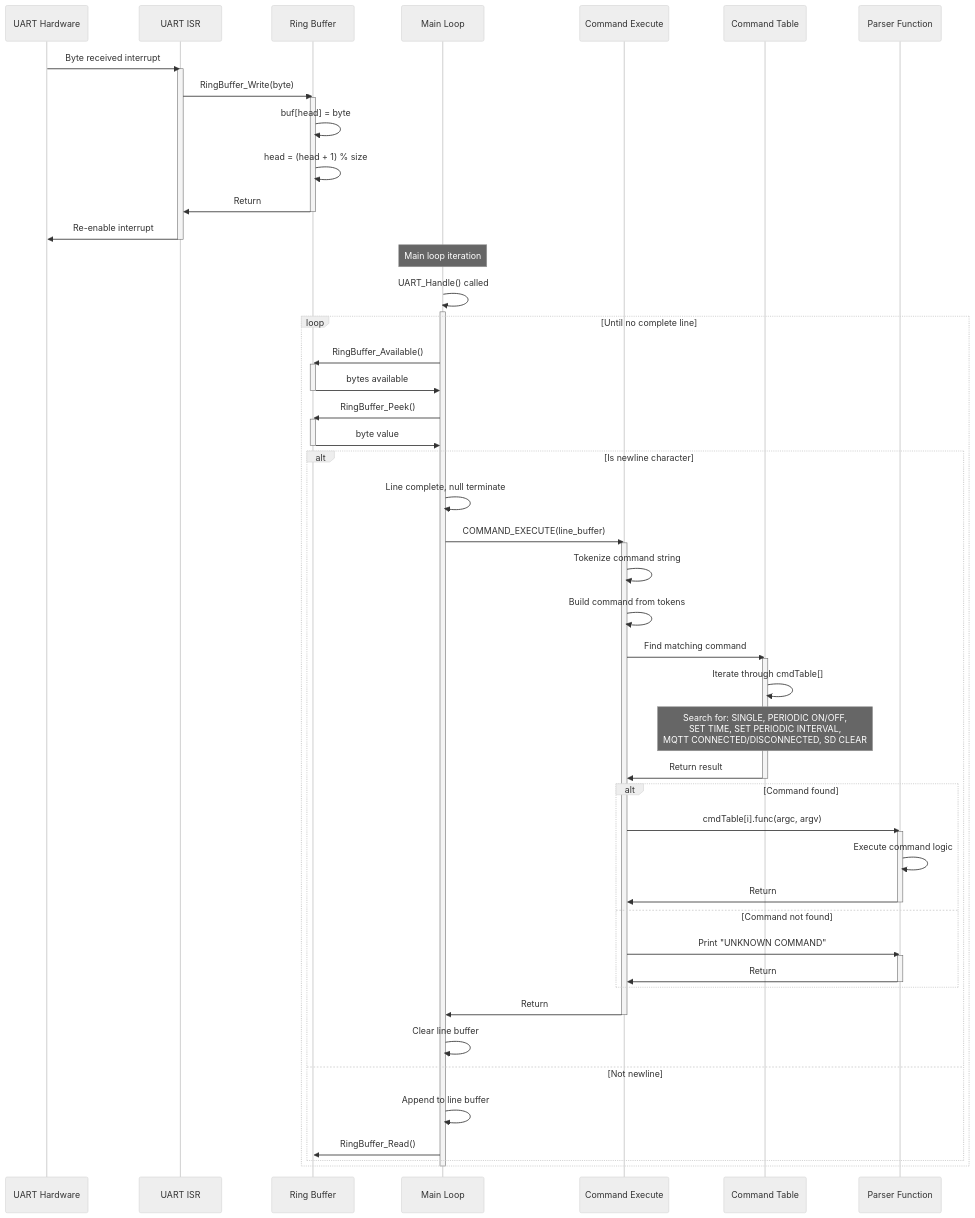
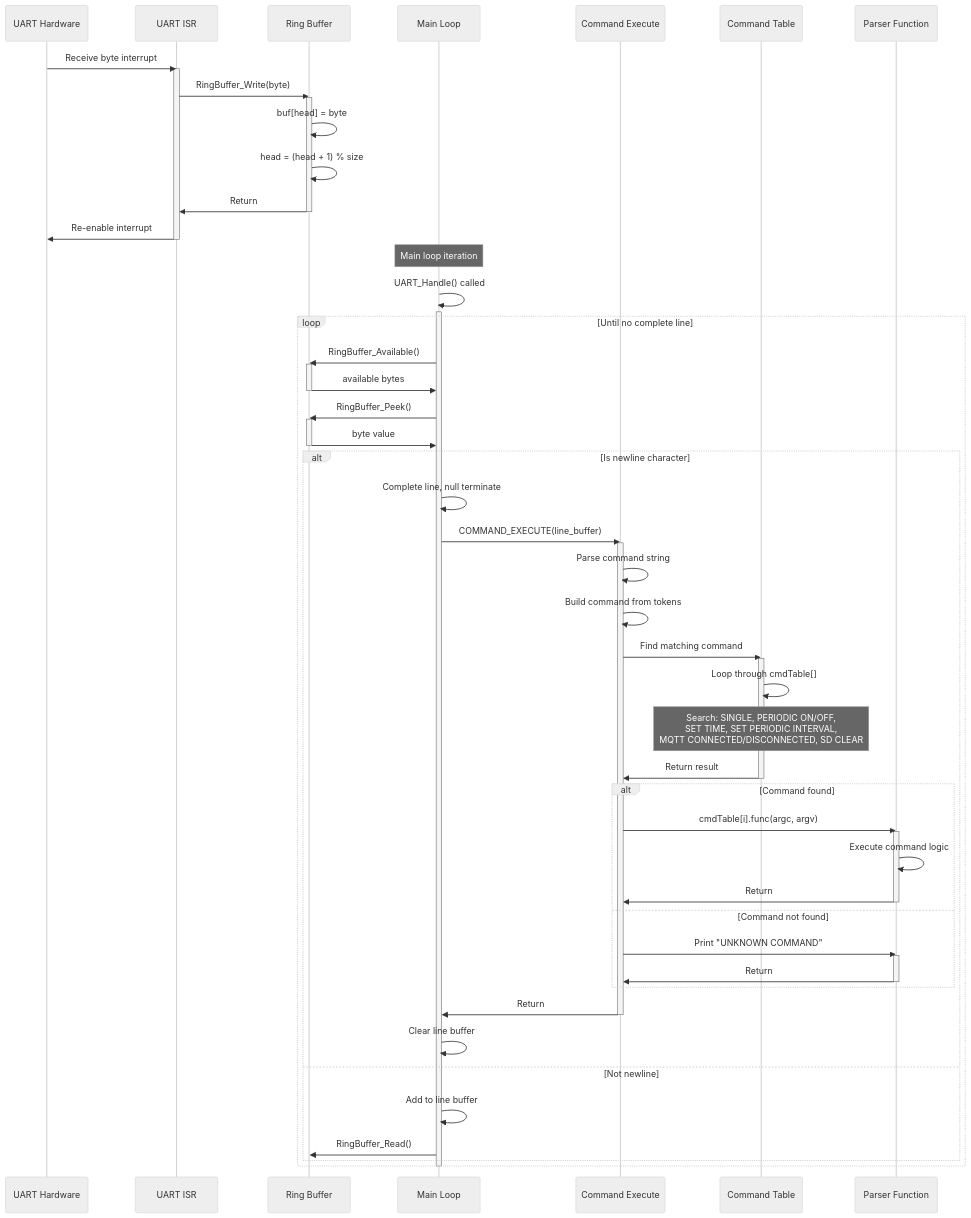
The fourth of 8 diagrams in documents/stm32/SEQUENCE_DIAGRAM_STM32.md (meeTeam05/datalogger), drawn with Mermaid (neutral theme) before and after one commit. The commit also changed other lines of this file, not shown here.

Commit message:
fix(docs): update sequence diagram content and formatting for clarity in SEQUENCE_DIAGRAM_STM32.md

````diff
--- a/documents/stm32/SEQUENCE_DIAGRAM_STM32.md
+++ b/documents/stm32/SEQUENCE_DIAGRAM_STM32.md
@@ -267,75 +267,75 @@
 ```mermaid
 sequenceDiagram
     participant HW as UART Hardware
     participant ISR as UART ISR
     participant RingBuf as Ring Buffer
     participant MainLoop as Main Loop
     participant CmdExec as Command Execute
     participant CmdTable as Command Table
     participant Parser as Parser Function
-    
-    HW->>ISR: Byte received interrupt
+
+    HW->>ISR: Receive byte interrupt
     activate ISR
     ISR->>RingBuf: RingBuffer_Write(byte)
     activate RingBuf
     RingBuf->>RingBuf: buf[head] = byte
     RingBuf->>RingBuf: head = (head + 1) % size
     RingBuf->>ISR: Return
     deactivate RingBuf
     ISR->>HW: Re-enable interrupt
     deactivate ISR
-    
+
     Note over MainLoop: Main loop iteration
     MainLoop->>MainLoop: UART_Handle() called
     activate MainLoop
-    
+
     loop Until no complete line
         MainLoop->>RingBuf: RingBuffer_Available()
         activate RingBuf
-        RingBuf->>MainLoop: bytes available
+        RingBuf->>MainLoop: available bytes
         deactivate RingBuf
-        
+
         MainLoop->>RingBuf: RingBuffer_Peek()
         activate RingBuf
         RingBuf->>MainLoop: byte value
         deactivate RingBuf
-        
+
         alt Is newline character
-            MainLoop->>MainLoop: Line complete, null terminate
+            MainLoop->>MainLoop: Complete line, null terminate
             MainLoop->>CmdExec: COMMAND_EXECUTE(line_buffer)
             activate CmdExec
-            
-            CmdExec->>CmdExec: Tokenize command string
+
+            CmdExec->>CmdExec: Parse command string
             CmdExec->>CmdExec: Build command from tokens
-            
+
             CmdExec->>CmdTable: Find matching command
             activate CmdTable
-            CmdTable->>CmdTable: Iterate through cmdTable[]
-            Note over CmdTable: Search for: SINGLE, PERIODIC ON/OFF,<br/>SET TIME, SET PERIODIC INTERVAL,<br/>MQTT CONNECTED/DISCONNECTED, SD CLEAR
+            CmdTable->>CmdTable: Loop through cmdTable[]
+            Note over CmdTable: Search: SINGLE, PERIODIC ON/OFF,<br/>SET TIME, SET PERIODIC INTERVAL,<br/>MQTT CONNECTED/DISCONNECTED, SD CLEAR
             CmdTable->>CmdExec: Return result
             deactivate CmdTable
-            
+
             alt Command found
                 CmdExec->>Parser: cmdTable[i].func(argc, argv)
                 activate Parser
                 Parser->>Parser: Execute command logic
                 Parser->>CmdExec: Return
                 deactivate Parser
             else Command not found
                 CmdExec->>Parser: Print "UNKNOWN COMMAND"
                 activate Parser
                 Parser->>CmdExec: Return
                 deactivate Parser
             end
-            
+
             CmdExec->>MainLoop: Return
             deactivate CmdExec
             MainLoop->>MainLoop: Clear line buffer
         else Not newline
-            MainLoop->>MainLoop: Append to line buffer
+            MainLoop->>MainLoop: Add to line buffer
             MainLoop->>RingBuf: RingBuffer_Read()
         end
     end
-    
+
     deactivate MainLoop
 ```
````
